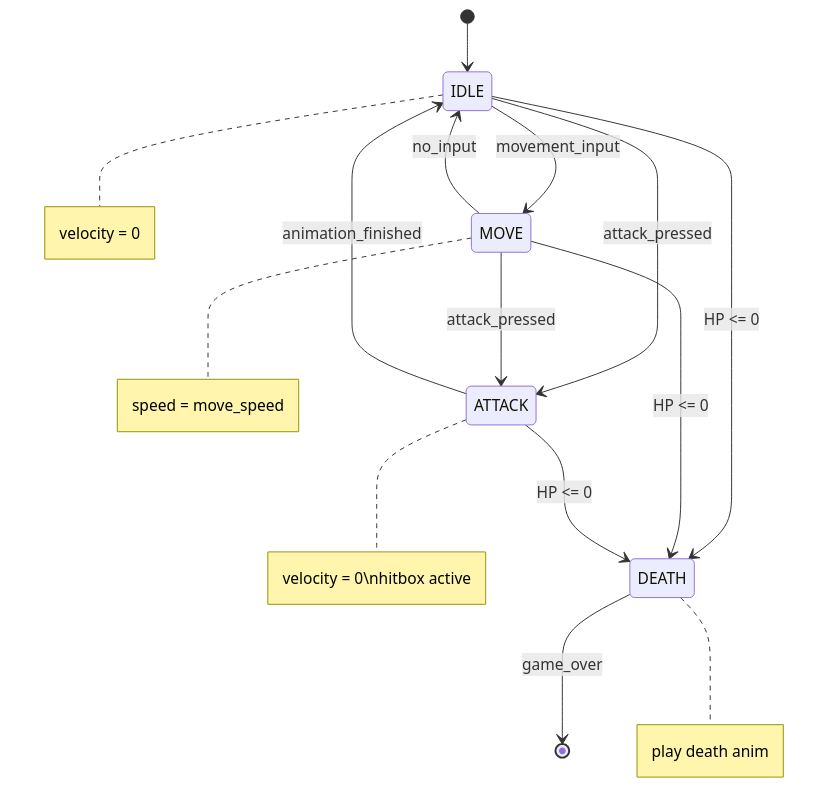
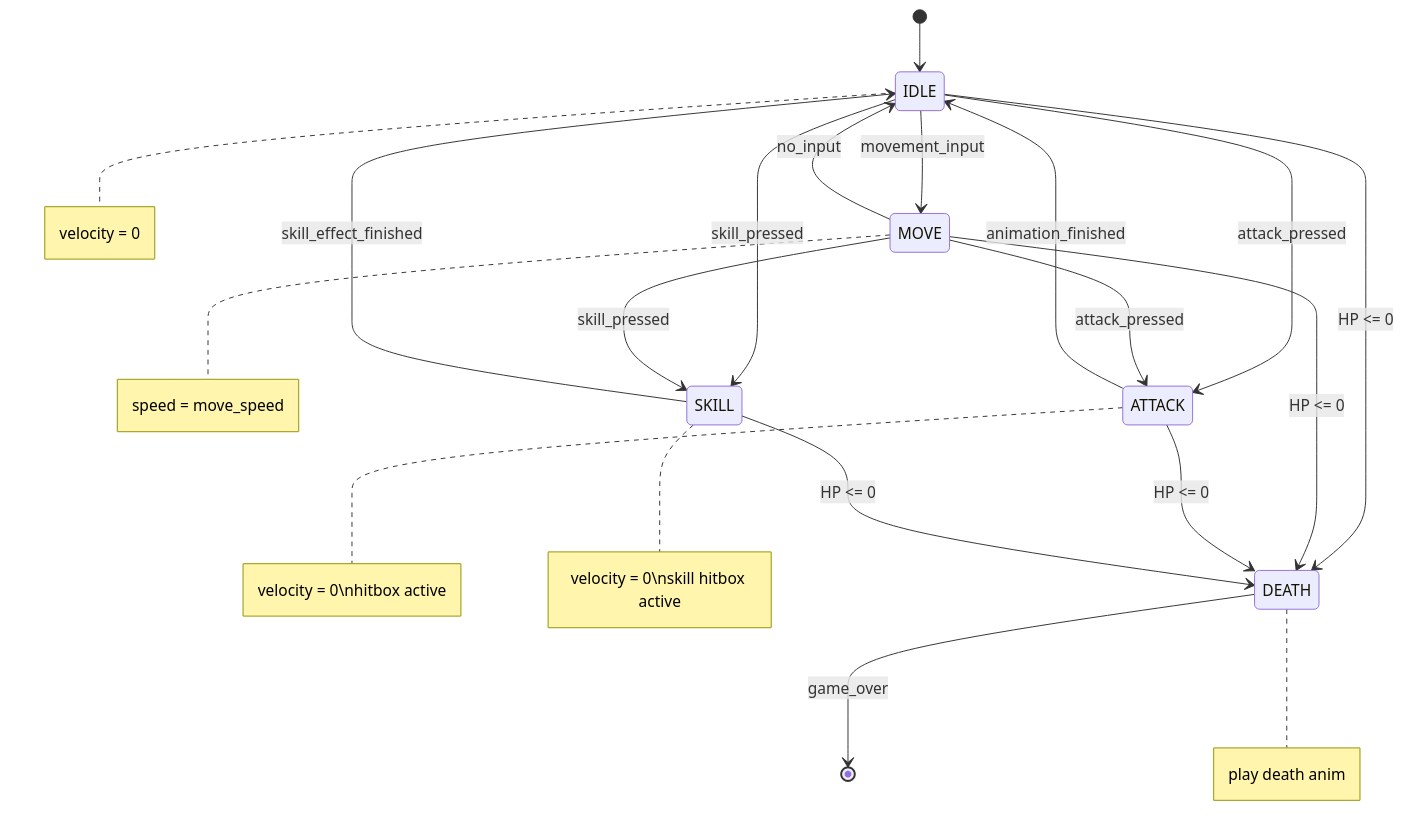
The first of 9 diagrams in docs/combat_system.md (HauTranCong/emberfield), drawn with Mermaid before and after one commit. The commit also changed other lines of this file and 6 other files, not shown here.

````diff
--- a/docs/combat_system.md
+++ b/docs/combat_system.md
@@ -13,22 +13,28 @@
 ```mermaid
 stateDiagram-v2
     [*] --> IDLE
     
     IDLE --> MOVE : movement_input
     IDLE --> ATTACK : attack_pressed
+    IDLE --> SKILL : skill_pressed
     IDLE --> DEATH : HP <= 0
     
     MOVE --> IDLE : no_input
     MOVE --> ATTACK : attack_pressed
+    MOVE --> SKILL : skill_pressed
     MOVE --> DEATH : HP <= 0
     
     ATTACK --> IDLE : animation_finished
     ATTACK --> DEATH : HP <= 0
+    
+    SKILL --> IDLE : skill_effect_finished
+    SKILL --> DEATH : HP <= 0
     
     DEATH --> [*] : game_over
     
     note right of IDLE : velocity = 0
     note right of MOVE : speed = move_speed
     note right of ATTACK : velocity = 0\nhitbox active
+    note right of SKILL : velocity = 0\nskill hitbox active
     note right of DEATH : play death anim
 ```
````
